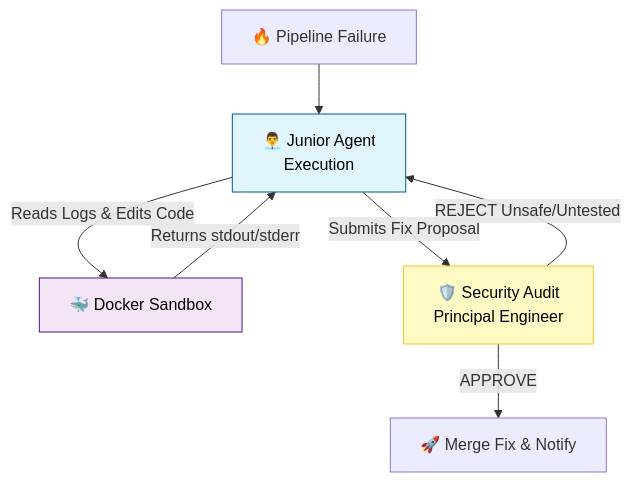
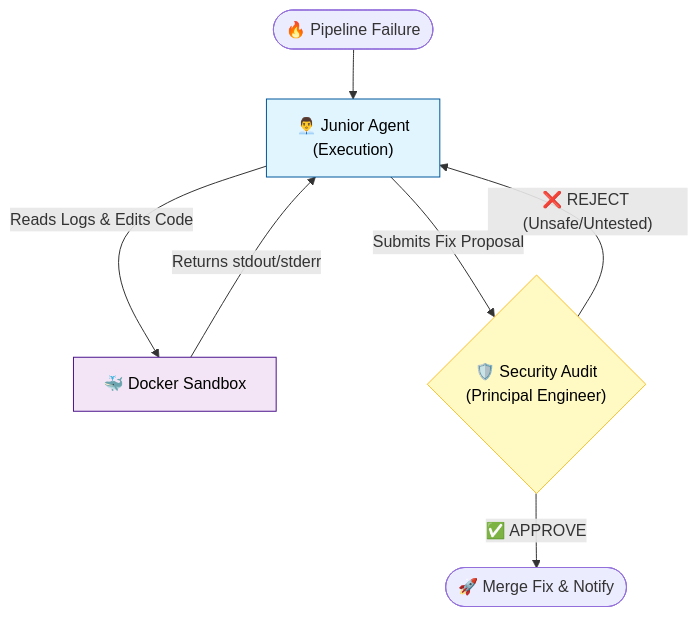
The diagram in README.md (DHRUVBSTHAKUR/resurrector-v2), drawn with Mermaid before and after one commit.

Commit message:
adding mermaid

````diff
--- a/README.md
+++ b/README.md
@@ -33,13 +33,17 @@
 ```mermaid
-flowchart TB
-    Failure["🔥 Pipeline Failure"] --> Junior["👨‍💼 Junior Agent<br>Execution"]
-    Junior -- Reads Logs & Edits Code --> Sandbox["🐳 Docker Sandbox"]
-    Sandbox -- Returns stdout/stderr --> Junior
-    Junior -- Submits Fix Proposal --> Security["🛡️ Security Audit<br>Principal Engineer"]
-    Security -- REJECT Unsafe/Untested --> Junior
-    Security -- APPROVE --> Merge["🚀 Merge Fix & Notify"]
+flowchart TD
+    %% Shapes: ([Round]), [Rect], {Rhombus}
+    Failure(["🔥 Pipeline Failure"]) --> Junior["👨‍💼 Junior Agent<br/>(Execution)"]
+    
+    Junior -- "Reads Logs & Edits Code" --> Sandbox["🐳 Docker Sandbox"]
+    Sandbox -- "Returns stdout/stderr" --> Junior
+    
+    Junior -- "Submits Fix Proposal" --> Security{"🛡️ Security Audit<br/>(Principal Engineer)"}
+    
+    Security -- "❌ REJECT (Unsafe/Untested)" --> Junior
+    Security -- "✅ APPROVE" --> Merge(["🚀 Merge Fix & Notify"])
 
     style Junior fill:#e1f5fe,stroke:#01579b,color:#000
+    style Security fill:#fff9c4,stroke:#fbc02d,color:#000
     style Sandbox fill:#f3e5f5,stroke:#4a148c,color:#000
-    style Security fill:#fff9c4,stroke:#fbc02d,color:#000
 ```
````
